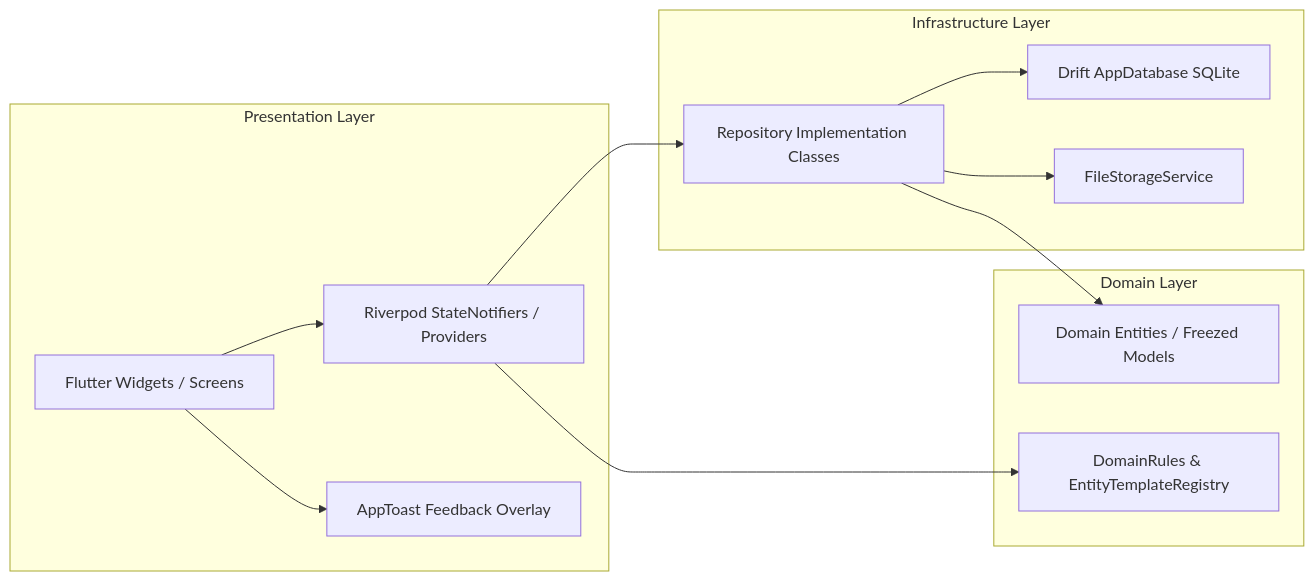
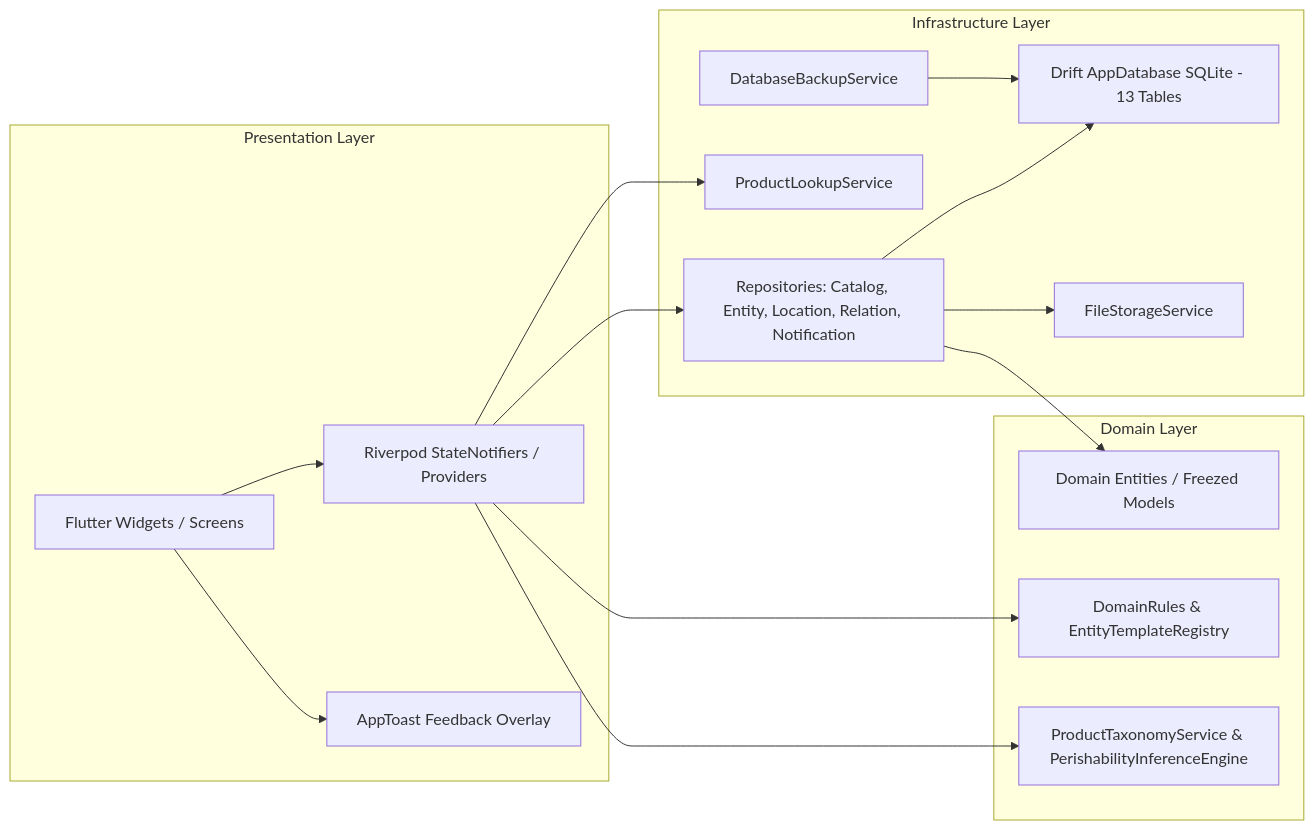
One commit to HakkinDavid/PWMS changed the diagram in docs/architecture.md. Above: the diagram before and after it, drawn with Mermaid. The commit also changed other lines of this file and 9 other files, not shown here.

````diff
--- a/docs/architecture.md
+++ b/docs/architecture.md
@@ -40,27 +44,33 @@
 ```mermaid
 graph LR
     subgraph Presentation Layer
         UI[Flutter Widgets / Screens]
         Notifiers[Riverpod StateNotifiers / Providers]
         Toasts[AppToast Feedback Overlay]
     end
 
     subgraph Domain Layer
         Entities[Domain Entities / Freezed Models]
         Rules[DomainRules & EntityTemplateRegistry]
+        Taxonomy[ProductTaxonomyService & PerishabilityInferenceEngine]
     end
 
     subgraph Infrastructure Layer
-        Repos[Repository Implementation Classes]
-        DB[Drift AppDatabase SQLite]
+        Repos[Repositories: Catalog, Entity, Location, Relation, Notification]
+        Lookup[ProductLookupService]
+        DB[Drift AppDatabase SQLite - 13 Tables]
+        Backup[DatabaseBackupService]
         FS[FileStorageService]
       end
 
     UI --> Notifiers
     Notifiers --> Repos
+    Notifiers --> Lookup
     Repos --> DB
     Repos --> FS
+    Backup --> DB
     Notifiers --> Rules
+    Notifiers --> Taxonomy
     Repos --> Entities
     UI --> Toasts
 ```
````
